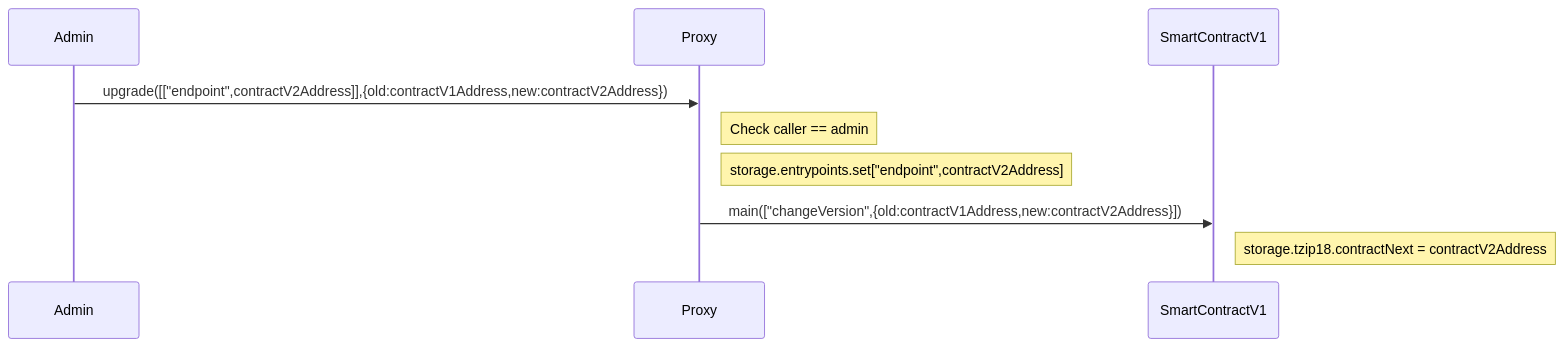
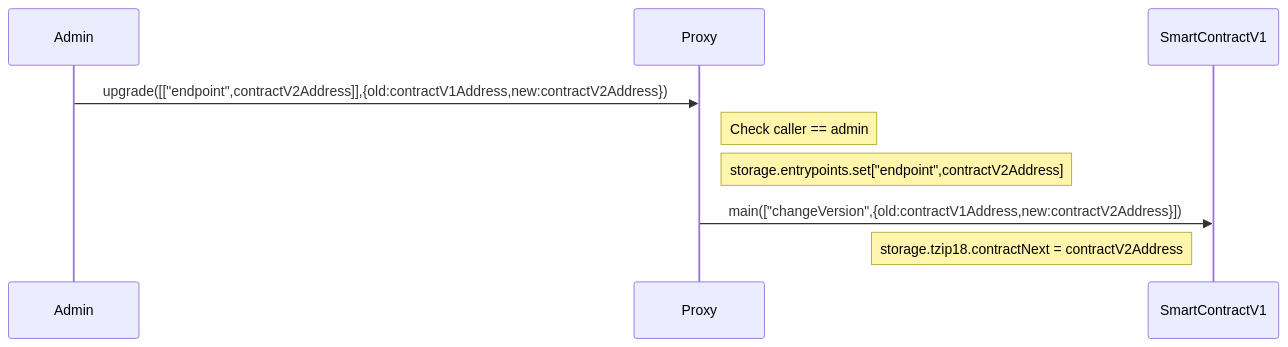
Before and after one commit to marigold-dev/training-dapp-4: the seventh of 7 diagrams in README.md, drawn with Mermaid.

````diff
--- a/README.md
+++ b/README.md
@@ -292,8 +292,8 @@
 ```mermaid
 sequenceDiagram
   Admin->>Proxy: upgrade([["endpoint",contractV2Address]],{old:contractV1Address,new:contractV2Address})
   Note right of Proxy : Check caller == admin
   Note right of Proxy : storage.entrypoints.set["endpoint",contractV2Address]
   Proxy->>SmartContractV1: main(["changeVersion",{old:contractV1Address,new:contractV2Address}])
-  Note right of SmartContractV1 : storage.tzip18.contractNext = contractV2Address
+  Note left of SmartContractV1 : storage.tzip18.contractNext = contractV2Address
 ```
````
